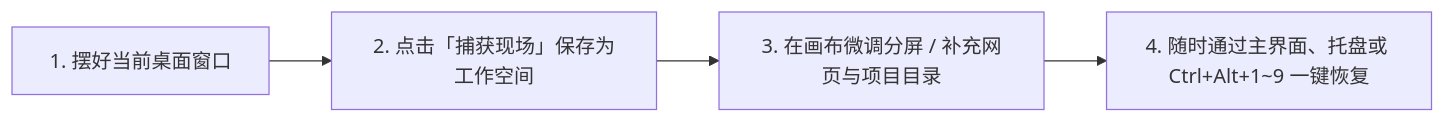
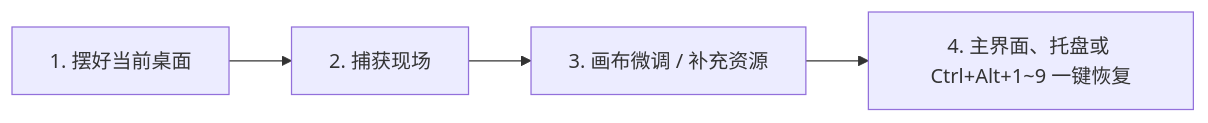
One commit to fanfanhappy/workscene changed the diagram in README.md. Above: the diagram before and after it, drawn with Mermaid. The commit also changed other lines of this file and 8 other files, not shown here.

````diff
--- a/README.md
+++ b/README.md
@@ -75,6 +100,6 @@
 ```mermaid
 flowchart LR
-    A["1. 摆好当前桌面窗口"] --> B["2. 点击「捕获现场」保存为工作空间"]
-    B --> C["3. 在画布微调分屏 / 补充网页与项目目录"]
-    C --> D["4. 随时通过主界面、托盘或 Ctrl+Alt+1~9 一键恢复"]
+    A["1. 摆好当前桌面"] --> B["2. 捕获现场"]
+    B --> C["3. 画布微调 / 补充资源"]
+    C --> D["4. 主界面、托盘或 Ctrl+Alt+1~9 一键恢复"]
 ```
````
